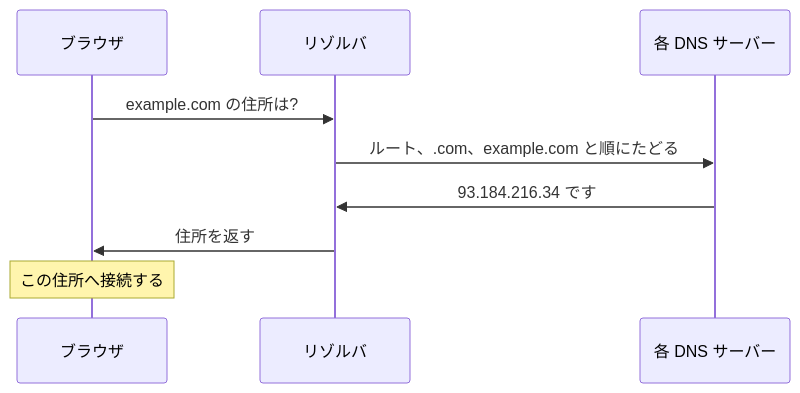
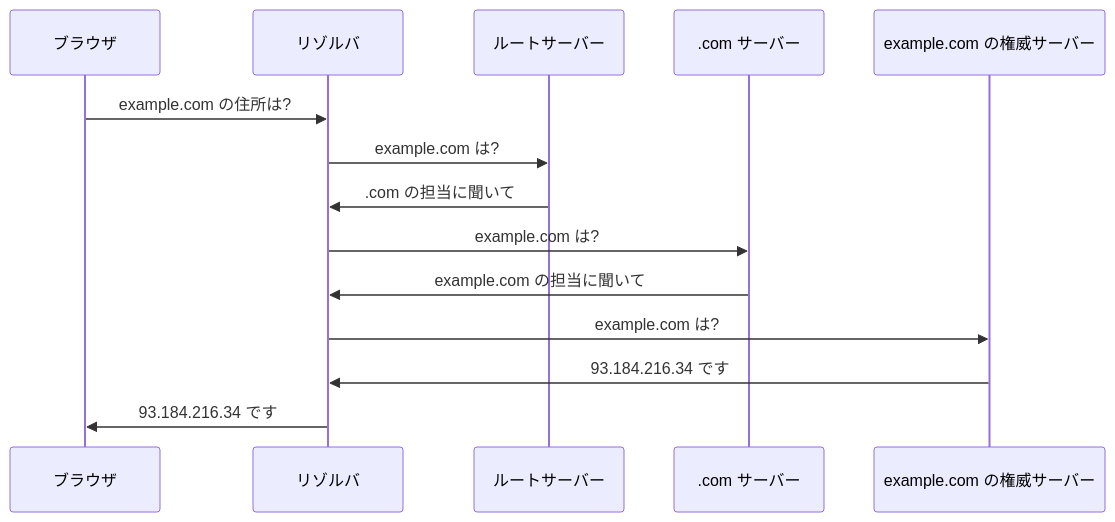
One commit to ozaki25/web-front-training-ozaki25 changed the diagram in docs/drafts/158/index.md. Above: the diagram before and after it, drawn with Mermaid. The commit also changed other lines of this file and 9 other files, not shown here.

````diff
--- a/docs/drafts/158/index.md
+++ b/docs/drafts/158/index.md
@@ -19,11 +21,16 @@
 ```mermaid
 sequenceDiagram
   participant B as ブラウザ
   participant R as リゾルバ
-  participant D as 各 DNS サーバー
+  participant Root as ルートサーバー
+  participant TLD as .com サーバー
+  participant Auth as example.com の権威サーバー
   B->>R: example.com の住所は?
-  R->>D: ルート、.com、example.com と順にたどる
-  D->>R: 93.184.216.34 です
-  R->>B: 住所を返す
-  Note over B: この住所へ接続する
+  R->>Root: example.com は?
+  Root->>R: .com の担当に聞いて
+  R->>TLD: example.com は?
+  TLD->>R: example.com の担当に聞いて
+  R->>Auth: example.com は?
+  Auth->>R: 93.184.216.34 です
+  R->>B: 93.184.216.34 です
 ```
````
